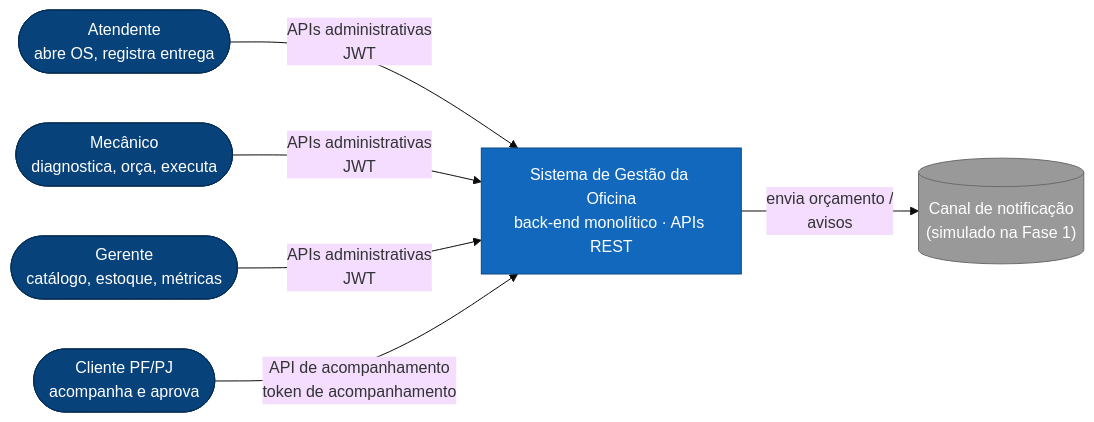
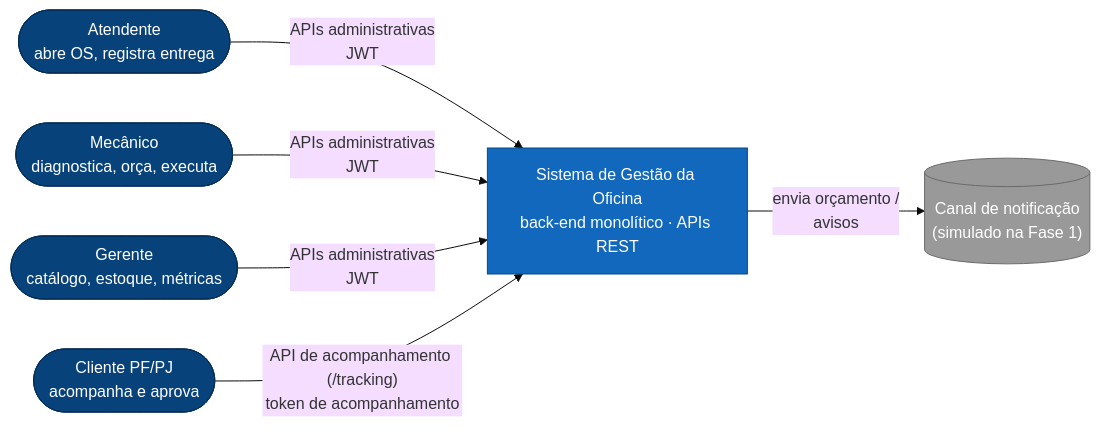
The first of 4 diagrams in docs/04-arquitetura/visao-geral.md (HermandoThiago/FIAP-SOAT), drawn with Mermaid (base theme) before and after one commit. The commit also changed other lines of this file and 42 other files, not shown here.

````diff
--- a/docs/04-arquitetura/visao-geral.md
+++ b/docs/04-arquitetura/visao-geral.md
@@ -8,19 +9,19 @@
 ```mermaid
 flowchart LR
     classDef pessoa fill:#08427b,stroke:#052e56,color:#fff
     classDef sistema fill:#1168bd,stroke:#0b4884,color:#fff
     classDef externo fill:#999999,stroke:#6b6b6b,color:#fff
 
     AT([Atendente<br/>abre OS, registra entrega]):::pessoa
     ME([Mecânico<br/>diagnostica, orça, executa]):::pessoa
     GE([Gerente<br/>catálogo, estoque, métricas]):::pessoa
     CL([Cliente PF/PJ<br/>acompanha e aprova]):::pessoa
     SGO["Sistema de Gestão da Oficina<br/>back-end monolítico · APIs REST"]:::sistema
     NOT[("Canal de notificação<br/>(simulado na Fase 1)")]:::externo
 
     AT -- "APIs administrativas<br/>JWT" --> SGO
     ME -- "APIs administrativas<br/>JWT" --> SGO
     GE -- "APIs administrativas<br/>JWT" --> SGO
-    CL -- "API de acompanhamento<br/>token de acompanhamento" --> SGO
+    CL -- "API de acompanhamento (/tracking)<br/>token de acompanhamento" --> SGO
     SGO -- "envia orçamento /<br/>avisos" --> NOT
 ```
````
